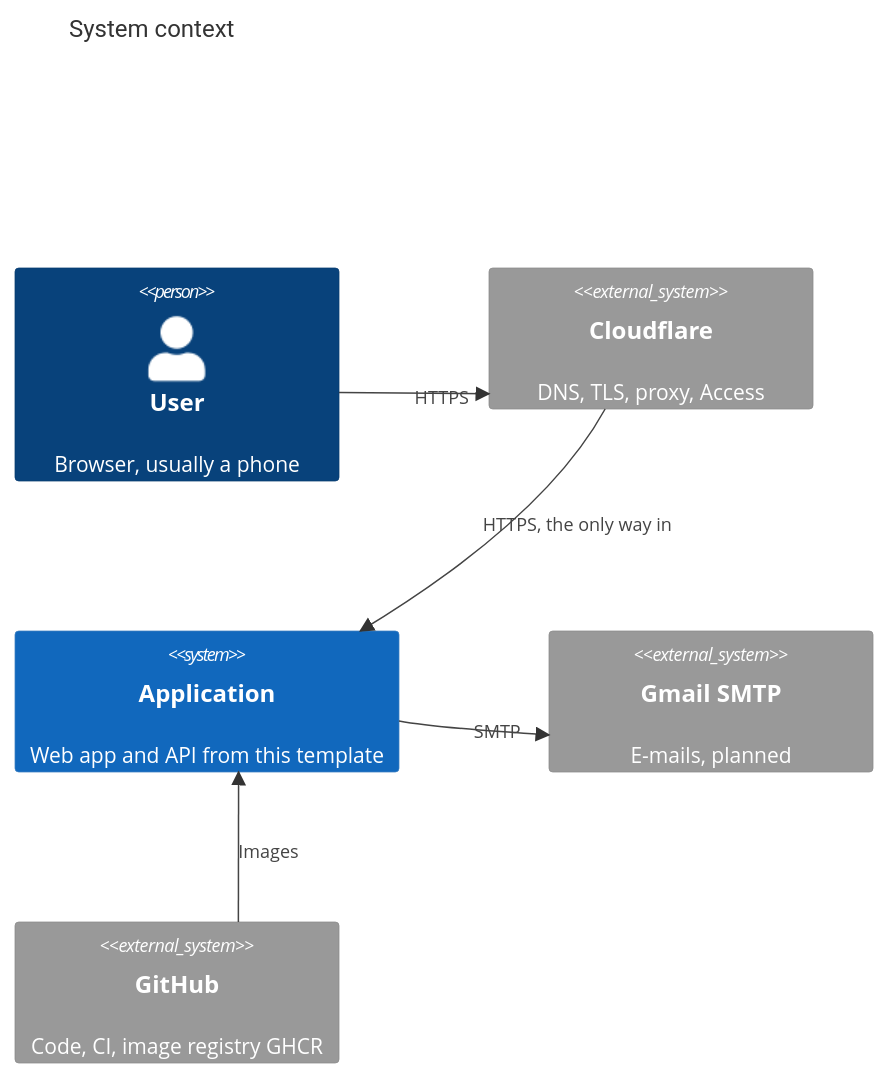
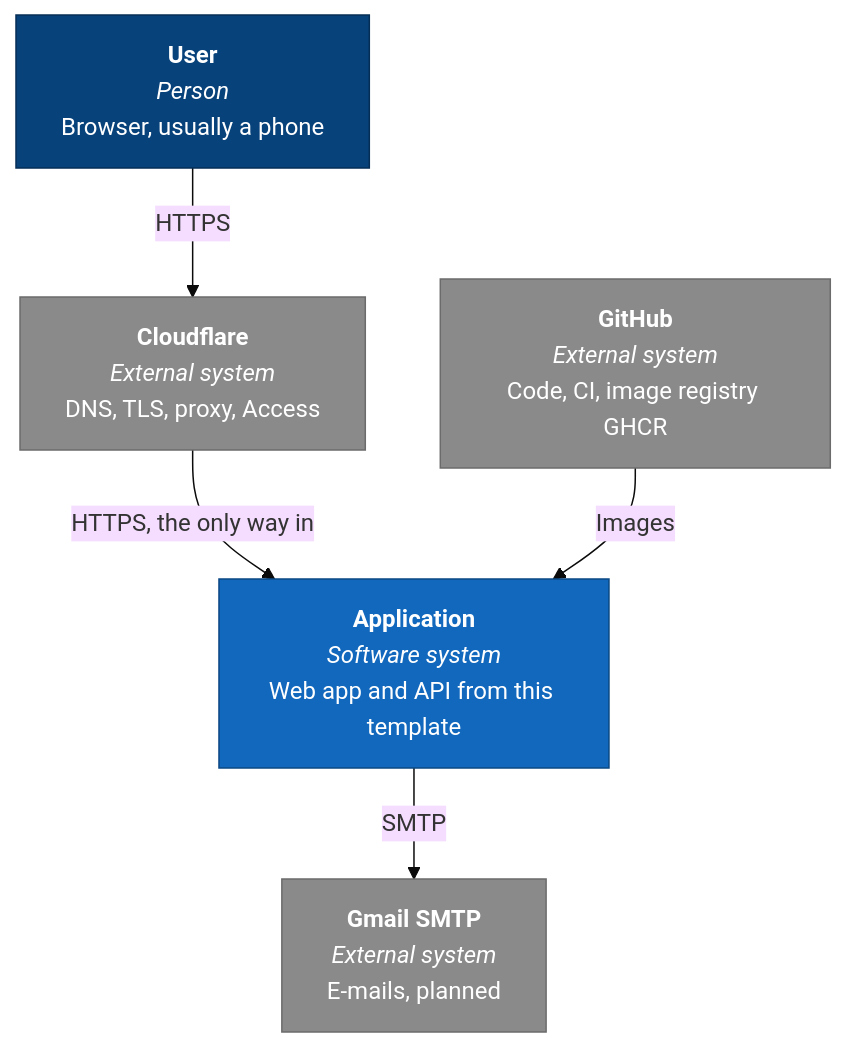
Before and after one commit to zniszcz/boilerplate-angular-nest: the first of 2 diagrams in docs/README.md, drawn with Mermaid (base theme). The commit also changed other lines of this file, not shown here.

First line of the commit message:
docs: draw the C4 diagrams as flowcharts with titles above them

````diff
--- a/docs/README.md
+++ b/docs/README.md
@@ -33,14 +37,17 @@
 ```mermaid
-C4Context
-    title System context
-    UpdateLayoutConfig($c4ShapeInRow="2", $c4BoundaryInRow="1")
-    Person(user, "User", "Browser, usually a phone")
-    System_Ext(cloudflare, "Cloudflare", "DNS, TLS, proxy, Access")
-    System(app, "Application", "Web app and API from this template")
-    System_Ext(smtp, "Gmail SMTP", "E-mails, planned")
-    System_Ext(github, "GitHub", "Code, CI, image registry GHCR")
-    Rel(user, cloudflare, "HTTPS")
-    Rel(cloudflare, app, "HTTPS, the only way in")
-    Rel(app, smtp, "SMTP")
-    Rel(github, app, "Images")
+flowchart TB
+    user["<b>User</b><br/><i>Person</i><br/>Browser, usually a phone"]:::person
+    cloudflare["<b>Cloudflare</b><br/><i>External system</i><br/>DNS, TLS, proxy, Access"]:::external
+    app["<b>Application</b><br/><i>Software system</i><br/>Web app and API from this template"]:::system
+    smtp["<b>Gmail SMTP</b><br/><i>External system</i><br/>E-mails, planned"]:::external
+    github["<b>GitHub</b><br/><i>External system</i><br/>Code, CI, image registry GHCR"]:::external
+    user -- HTTPS --> cloudflare
+    cloudflare -- "HTTPS, the only way in" --> app
+    app -- SMTP --> smtp
+    github -- Images --> app
+    classDef person fill:#08427b,stroke:#052e56,color:#fff
+    classDef system fill:#1168bd,stroke:#0b4884,color:#fff
+    classDef external fill:#8a8a8a,stroke:#6b6b6b,color:#fff
+    classDef container fill:#438dd5,stroke:#2e6295,color:#fff
+    classDef boundary fill:none,stroke:#888,stroke-dasharray:5 5
 ```
````
